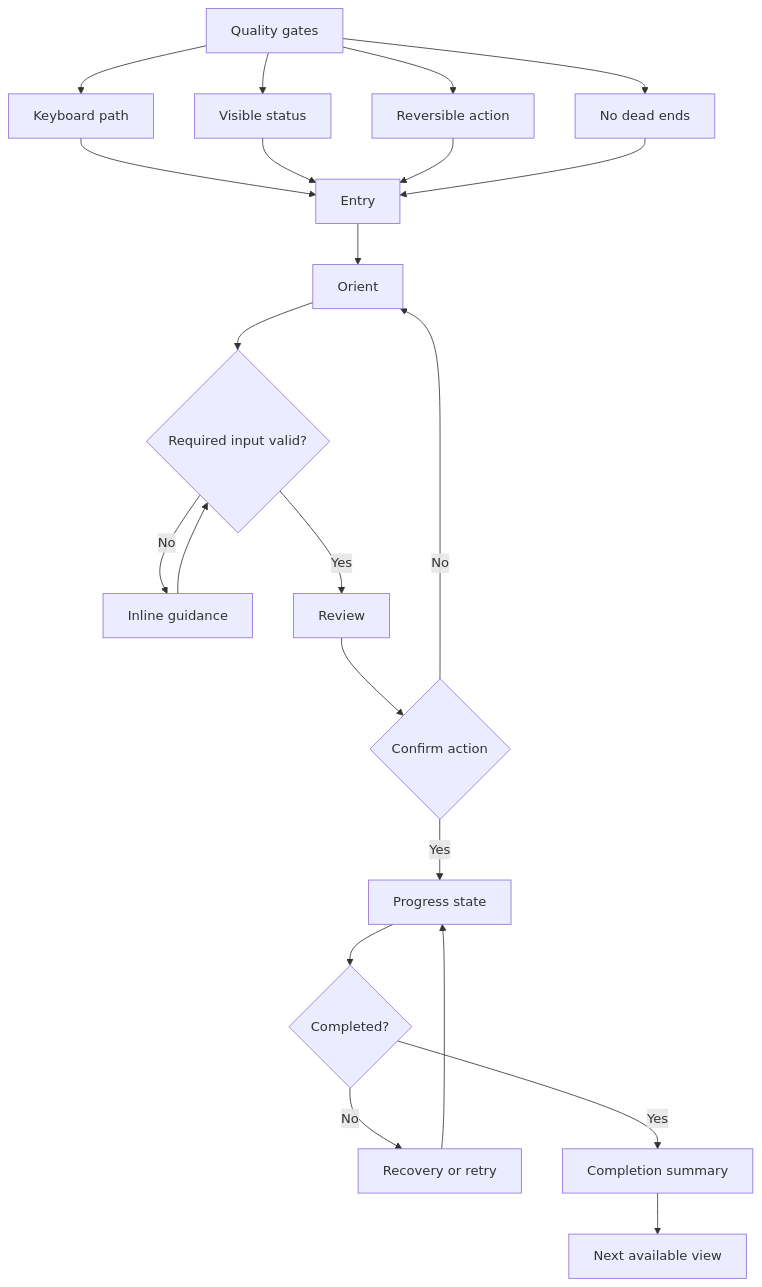
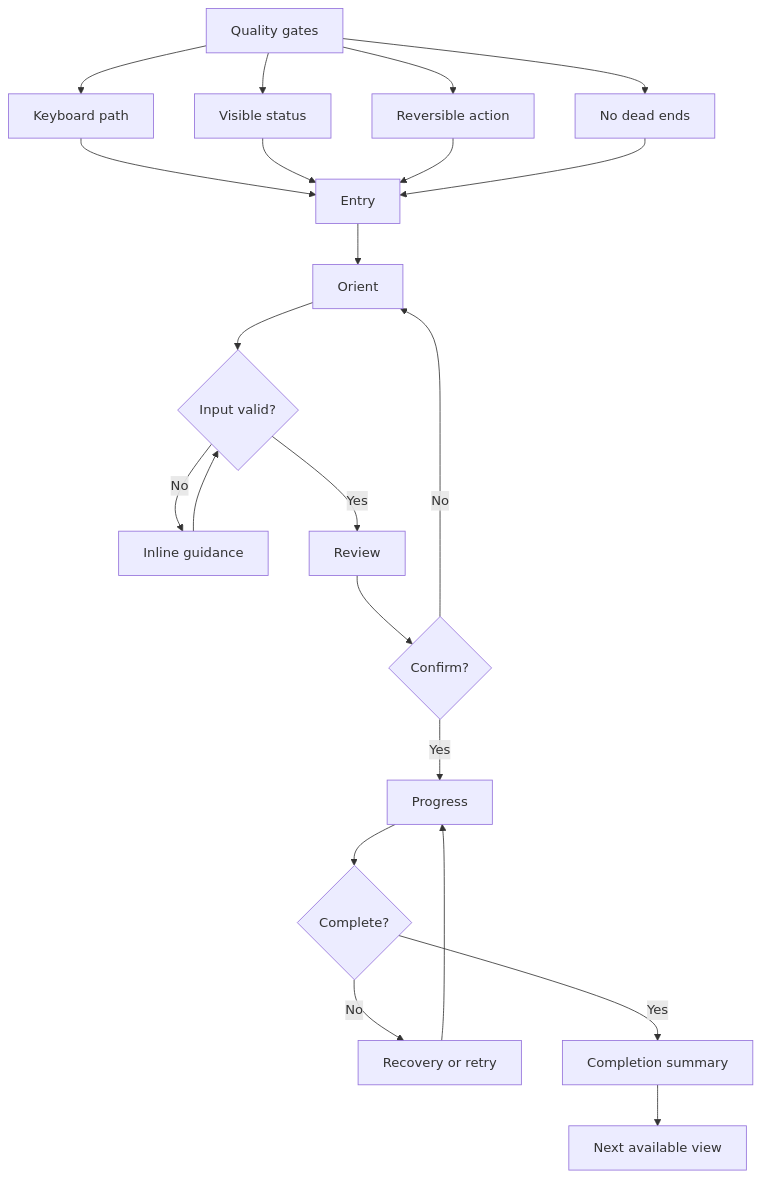
The diagram in projects/project-001/visuals/flows.mmd (p2id/Faces), drawn with Mermaid before and after one commit.

Commit message:
Daily UI UX repository refresh 2026-10-19

```diff
--- a/projects/project-001/visuals/flows.mmd
+++ b/projects/project-001/visuals/flows.mmd
@@ -1,22 +1,22 @@
 flowchart TD
-  A[Entry] --> B[Orient]
-  B --> C{Required input valid?}
-  C -- No --> D[Inline guidance]
-  D --> C
-  C -- Yes --> E[Review]
-  E --> F{Confirm action}
-  F -- No --> B
-  F -- Yes --> G[Progress state]
-  G --> H{Completed?}
-  H -- No --> I[Recovery or retry]
-  I --> G
-  H -- Yes --> J[Completion summary]
-  J --> K[Next available view]
-  Q[Quality gates] --> Q1[Keyboard path]
-  Q --> Q2[Visible status]
-  Q --> Q3[Reversible action]
-  Q --> Q4[No dead ends]
-  Q1 --> A
-  Q2 --> A
-  Q3 --> A
-  Q4 --> A
+A[Entry] --> B[Orient]
+B --> C{Input valid?}
+C -- No --> D[Inline guidance]
+D --> C
+C -- Yes --> E[Review]
+E --> F{Confirm?}
+F -- No --> B
+F -- Yes --> G[Progress]
+G --> H{Complete?}
+H -- No --> I[Recovery or retry]
+I --> G
+H -- Yes --> J[Completion summary]
+J --> K[Next available view]
+Q[Quality gates] --> Q1[Keyboard path]
+Q --> Q2[Visible status]
+Q --> Q3[Reversible action]
+Q --> Q4[No dead ends]
+Q1 --> A
+Q2 --> A
+Q3 --> A
+Q4 --> A
```
